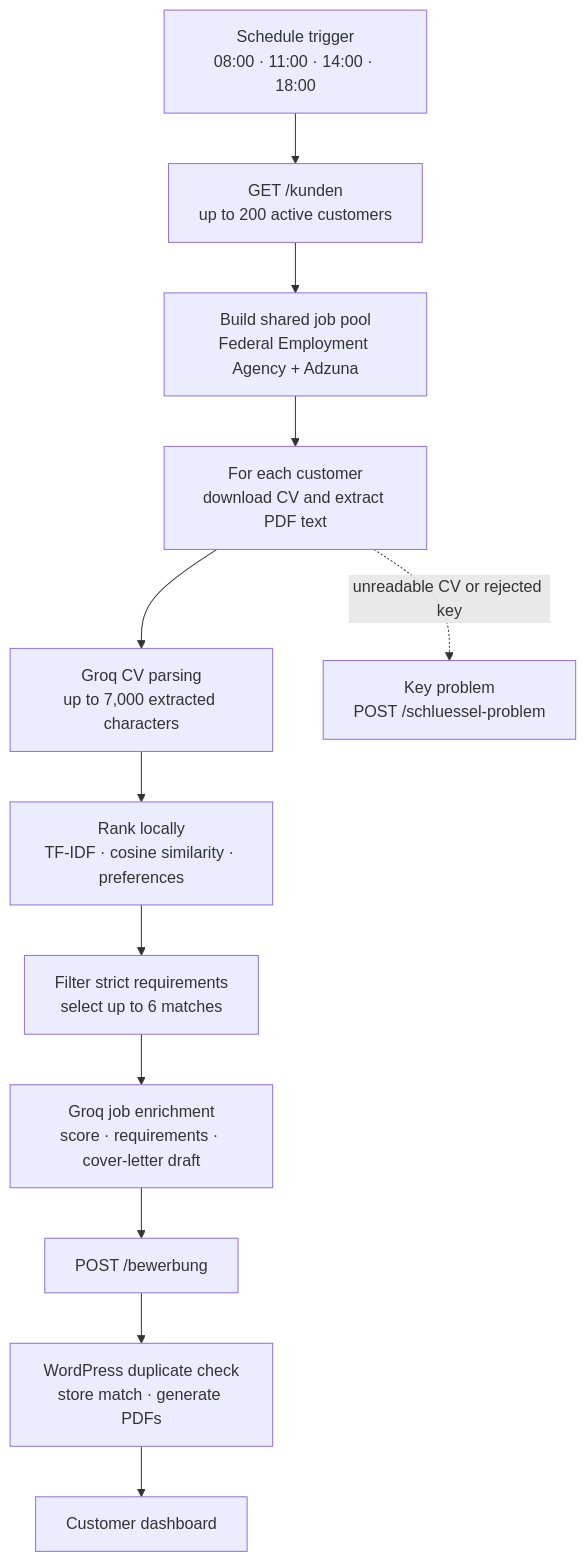
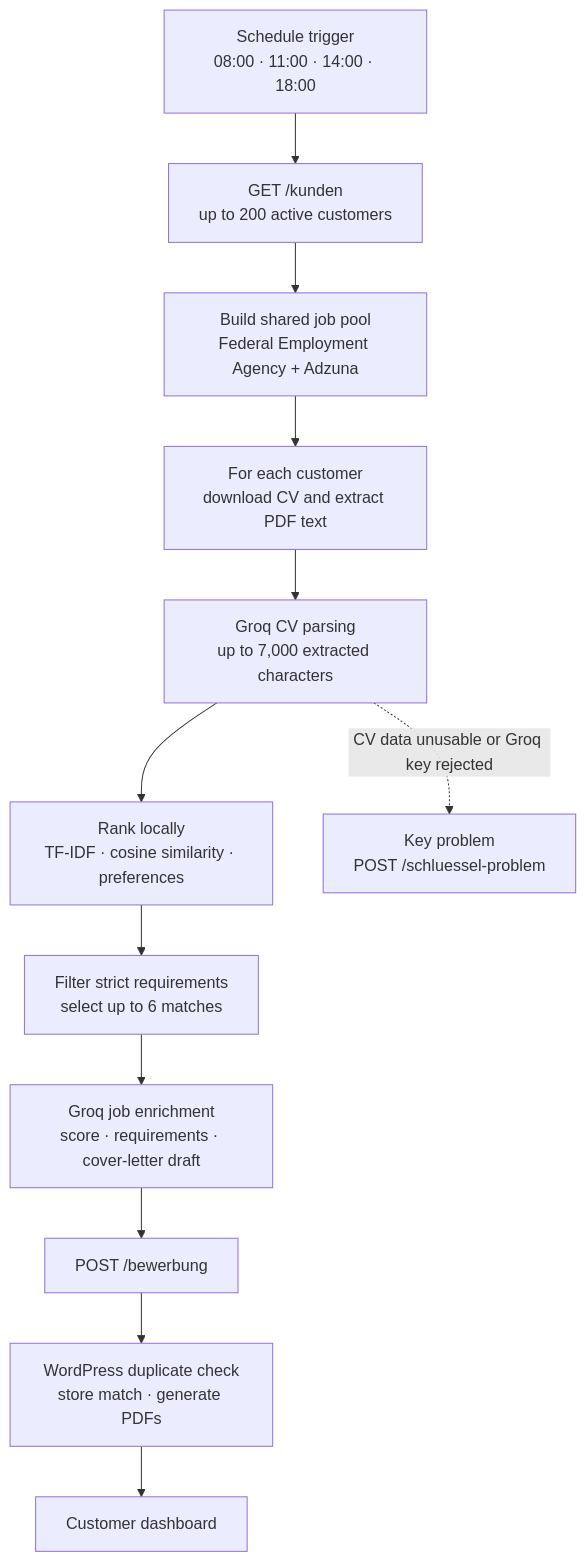
Before and after one commit to 3mothman/auto-job-search: the third of 3 diagrams in ARCHITECTURE.md, drawn with Mermaid. The commit also changed other lines of this file, not shown here.

````diff
--- a/ARCHITECTURE.md
+++ b/ARCHITECTURE.md
@@ -91,18 +95,18 @@
 ```mermaid
 flowchart TD
     S["Schedule trigger<br/>08:00 · 11:00 · 14:00 · 18:00"]
     C["GET /kunden<br/>up to 200 active customers"]
     P["Build shared job pool<br/>Federal Employment Agency + Adzuna"]
     L["For each customer<br/>download CV and extract PDF text"]
     X["Groq CV parsing<br/>up to 7,000 extracted characters"]
     R["Rank locally<br/>TF-IDF · cosine similarity · preferences"]
     F["Filter strict requirements<br/>select up to 6 matches"]
     G["Groq job enrichment<br/>score · requirements · cover-letter draft"]
     W["POST /bewerbung"]
     D["WordPress duplicate check<br/>store match · generate PDFs"]
     V["Customer dashboard"]
     E["Key problem<br/>POST /schluessel-problem"]
 
     S --> C --> P --> L --> X --> R --> F --> G --> W --> D --> V
-    L -. "unreadable CV or rejected key" .-> E
+    X -. "CV data unusable or Groq key rejected" .-> E
 ```
````
